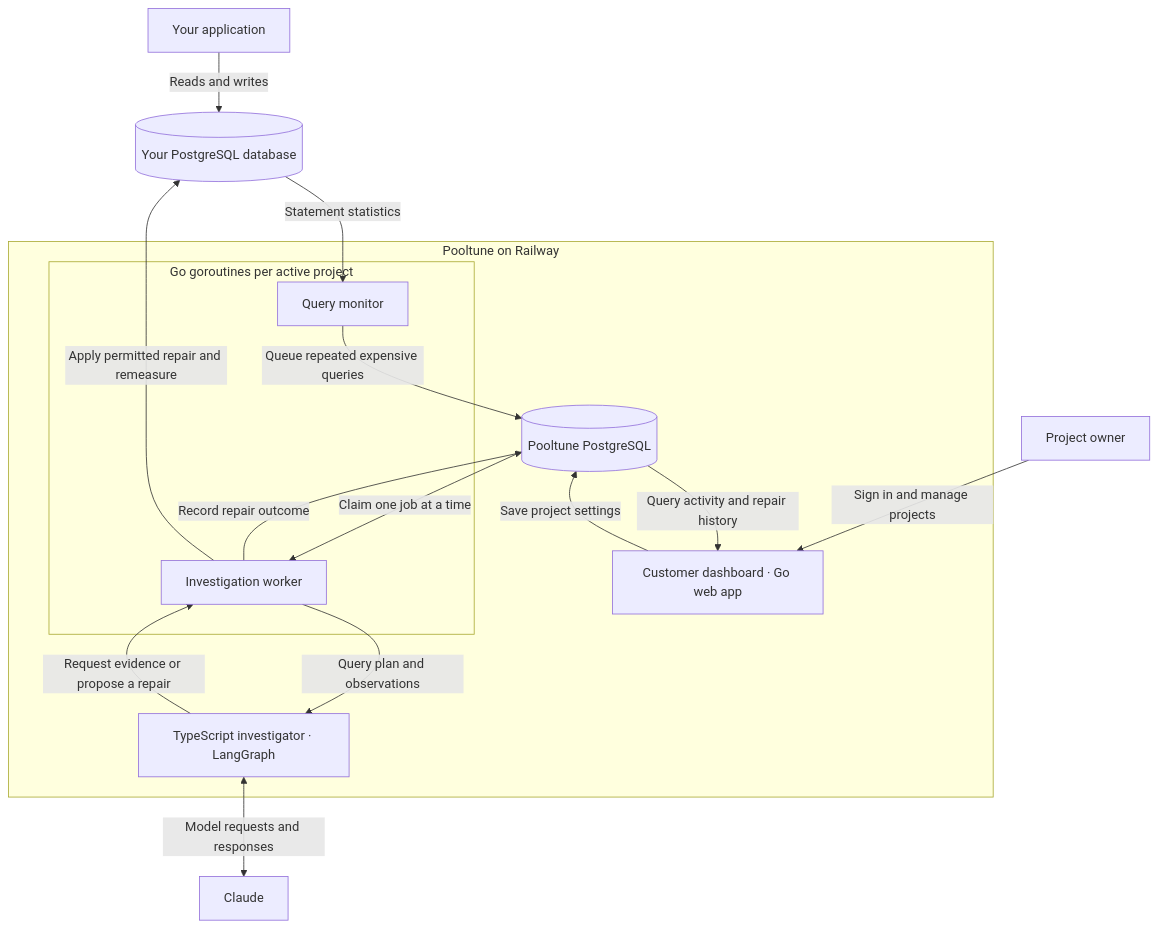
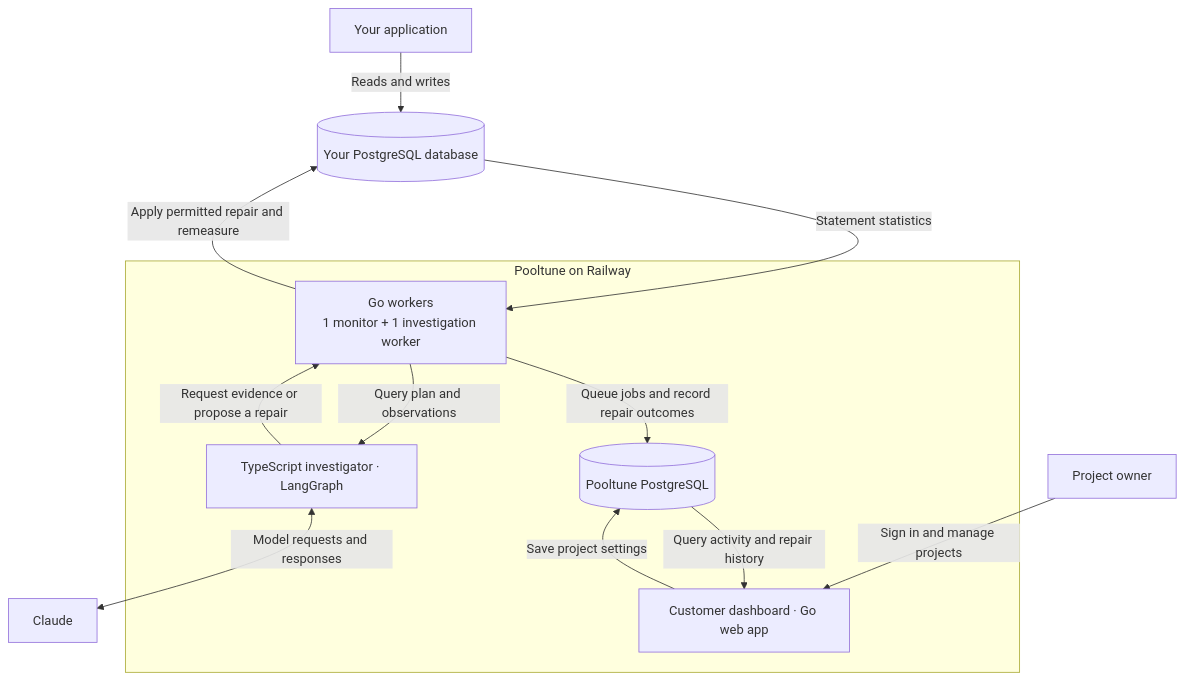
One commit to jyshum/pooltune changed the diagram in README.md. Above: the diagram before and after it, drawn with Mermaid. The commit also changed other lines of this file and 1 other file, not shown here.

Commit message:
Simplify architecture to one Go workers box

````diff
--- a/README.md
+++ b/README.md
@@ -57,28 +57,23 @@
 ```mermaid
 flowchart TB
     accTitle: Pooltune system architecture
-    accDescr: Project owners use the hosted dashboard to manage repairs and view recorded results. The application queries its PostgreSQL database directly. Each active project has an independent Go monitor. With investigations enabled, a separate goroutine consumes one queued job at a time for that project. Go checks permissions, applies eligible repairs, and records the measured outcome.
+    accDescr: Project owners use the hosted dashboard to manage repairs and view recorded results. The application queries its PostgreSQL database directly. In the background, Go samples PostgreSQL statistics and asks a LangGraph investigator to diagnose repeated expensive work. Go checks permissions, applies eligible repairs, and records the measured outcome.
     app["Your application"] -->|Reads and writes| db[("Your PostgreSQL database")]
-    db -->|Statement statistics| monitor
+    db -->|Statement statistics| worker
     worker -->|Apply permitted repair and remeasure| db
 
     subgraph hosted["Pooltune on Railway"]
         dashboard["Customer dashboard · Go web app"]
-        subgraph project["Go goroutines per active project"]
-            monitor["Query monitor"]
-            worker["Investigation worker"]
-        end
+        worker["Go workers<br/>1 monitor + 1 investigation worker"]
         state[("Pooltune PostgreSQL")]
         investigator["TypeScript investigator · LangGraph"]
         dashboard -->|Save project settings| state
         state -->|Query activity and repair history| dashboard
-        monitor -->|Queue repeated expensive queries| state
-        state -->|Claim one job at a time| worker
-        worker -->|Record repair outcome| state
+        worker -->|Queue jobs and record repair outcomes| state
         worker -->|Query plan and observations| investigator
         investigator -->|Request evidence or propose a repair| worker
     end
 
     owner["Project owner"] -->|Sign in and manage projects| dashboard
     investigator <-->|Model requests and responses| claude["Claude"]
 ```
````
